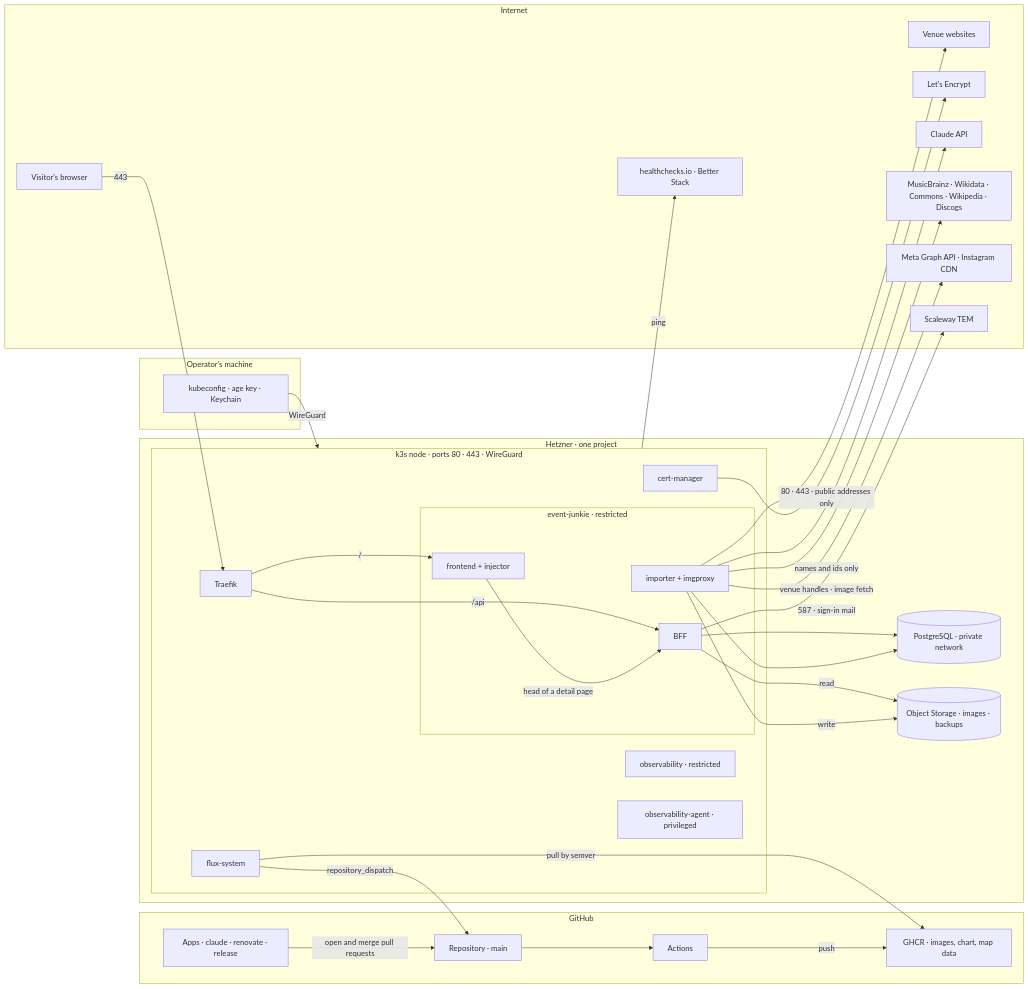
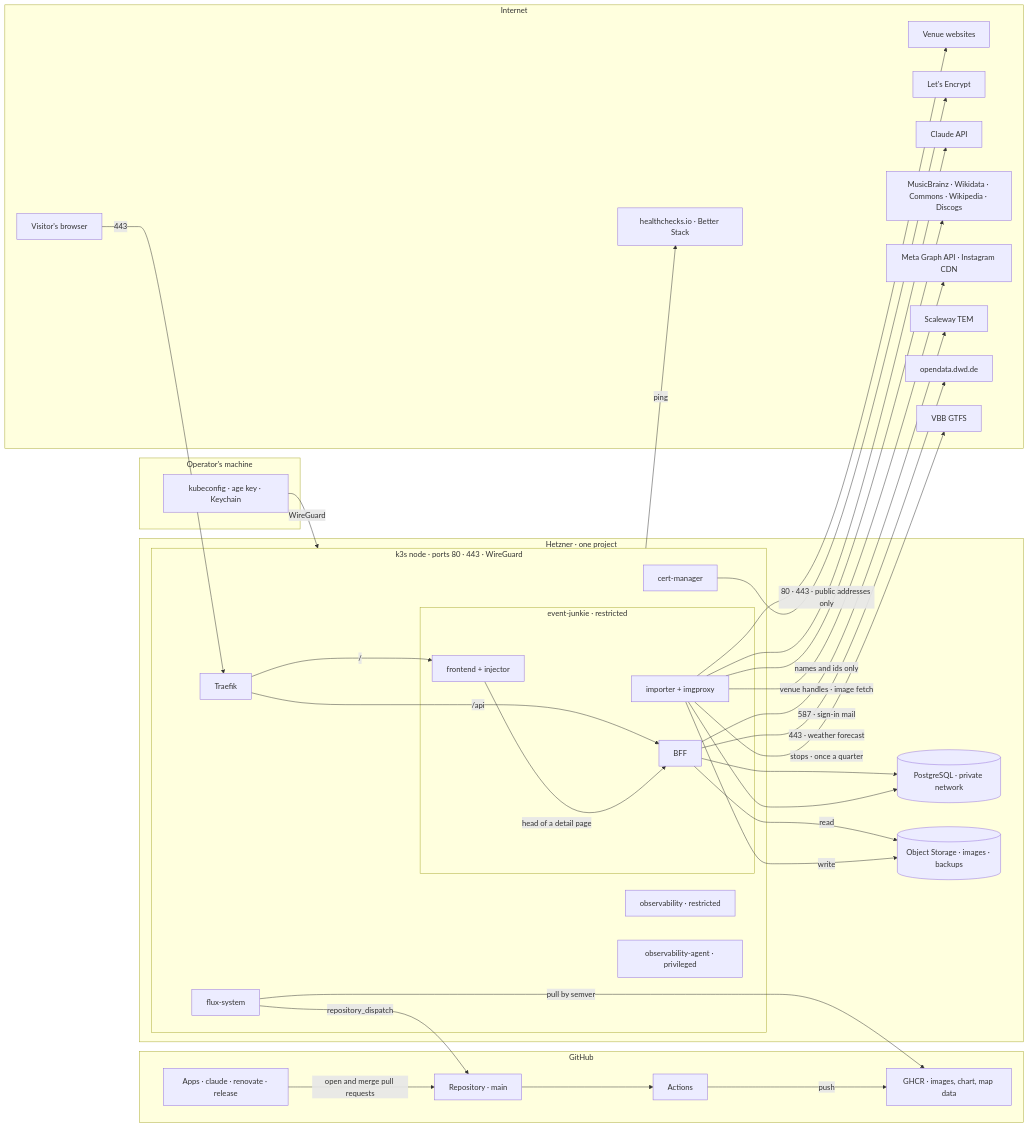
The diagram in docs/security/THREAT_MODEL.md (enorm-labs/event-junkie), drawn with Mermaid before and after one commit. The commit also changed other lines of this file, not shown here.

Commit message:
docs(security): name the DWD and VBB arrows in the threat model
§1's outbound table gains a row for the importer's quarterly read of
VBB's GTFS feed. The trust-zone diagram gains nodes for opendata.dwd.de
and the VBB feed, with the BFF and importer arrows to them. B13's
isolation row now names all six kinds account-isolation.sh attacks,
problem reports and notifications included. "Last reviewed" stays.

Claude-Session: https://claude.ai/code/session_012nBqGnfM9m3rc1LDgj3n52

````diff
--- a/docs/security/THREAT_MODEL.md
+++ b/docs/security/THREAT_MODEL.md
@@ -27,63 +27,67 @@
 ```mermaid
 flowchart LR
     subgraph internet["Internet"]
         visitor["Visitor's browser"]
         venue["Venue websites"]
         le["Let's Encrypt"]
         claude["Claude API"]
         wiki["MusicBrainz · Wikidata · Commons · Wikipedia · Discogs"]
         meta["Meta Graph API · Instagram CDN"]
         ext["healthchecks.io · Better Stack"]
         tem["Scaleway TEM"]
+        dwd["opendata.dwd.de"]
+        vbb["VBB GTFS"]
     end
 
     subgraph github["GitHub"]
         repo["Repository · main"]
         actions["Actions"]
         ghcr["GHCR · images, chart, map data"]
         apps["Apps · claude · renovate · release"]
     end
 
     subgraph operator["Operator's machine"]
         kubeconfig["kubeconfig · age key · Keychain"]
     end
 
     subgraph hetzner["Hetzner · one project"]
         subgraph node["k3s node · ports 80 · 443 · WireGuard"]
             traefik["Traefik"]
             subgraph ns["event-junkie · restricted"]
                 frontend["frontend + injector"]
                 bff["BFF"]
                 importer["importer + imgproxy"]
             end
             flux["flux-system"]
             certmgr["cert-manager"]
             obs["observability · restricted"]
             agent["observability-agent · privileged"]
         end
         pg[("PostgreSQL · private network")]
         s3[("Object Storage · images · backups")]
     end
 
     visitor -->|"443"| traefik
     traefik -->|"/"| frontend
     traefik -->|"/api"| bff
     frontend -->|"head of a detail page"| bff
     bff --> pg
     bff -->|"read"| s3
     bff -->|"587 · sign-in mail"| tem
+    bff -->|"443 · weather forecast"| dwd
     importer -->|"80 · 443 · public addresses only"| venue
     importer --> claude
     importer -->|"names and ids only"| wiki
     importer -->|"venue handles · image fetch"| meta
+    importer -->|"stops · once a quarter"| vbb
     importer --> pg
     importer -->|"write"| s3
     certmgr --> le
     flux -->|"pull by semver"| ghcr
     flux -->|"repository_dispatch"| repo
     node -->|"ping"| ext
     repo --> actions
     actions -->|"push"| ghcr
     apps -->|"open and merge pull requests"| repo
     kubeconfig -->|"WireGuard"| node
 ```
````
